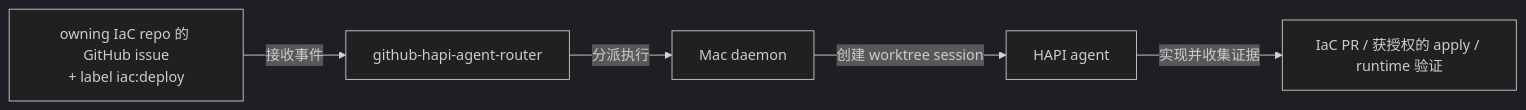
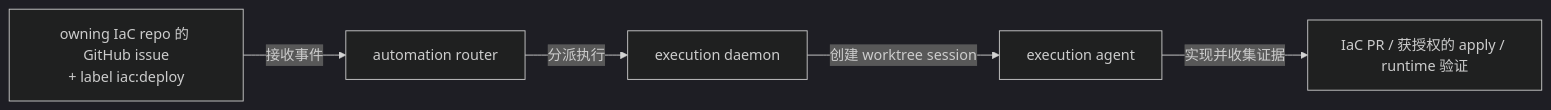
The diagram in claude/skills/iac-auto-deploy-issue/SKILL.md (mouriya-s-lab/omp-config), drawn with Mermaid (dark theme) before and after one commit. The commit also changed other lines of this file and 19 other files, not shown here.

````diff
--- a/claude/skills/iac-auto-deploy-issue/SKILL.md
+++ b/claude/skills/iac-auto-deploy-issue/SKILL.md
@@ -11,7 +11,7 @@
 ```mermaid
 flowchart LR
-    issue["owning IaC repo 的 GitHub issue<br/>+ label iac:deploy"] -->|接收事件| router[github-hapi-agent-router]
-    router -->|分派执行| daemon[Mac daemon]
-    daemon -->|创建 worktree session| hapi[HAPI agent]
-    hapi -->|实现并收集证据| pr["IaC PR / 获授权的 apply / runtime 验证"]
+    issue["owning IaC repo 的 GitHub issue<br/>+ label iac:deploy"] -->|接收事件| router[automation router]
+    router -->|分派执行| daemon[execution daemon]
+    daemon -->|创建 worktree session| agent[execution agent]
+    agent -->|实现并收集证据| pr["IaC PR / 获授权的 apply / runtime 验证"]
 ```
````
